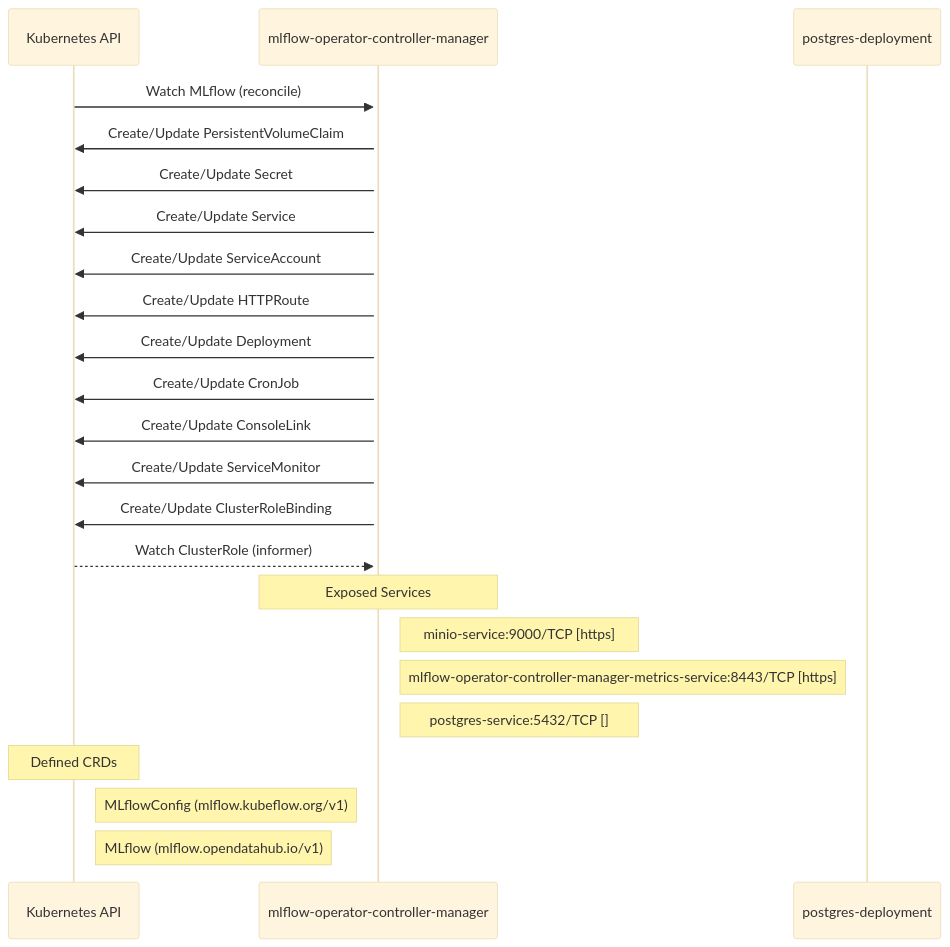
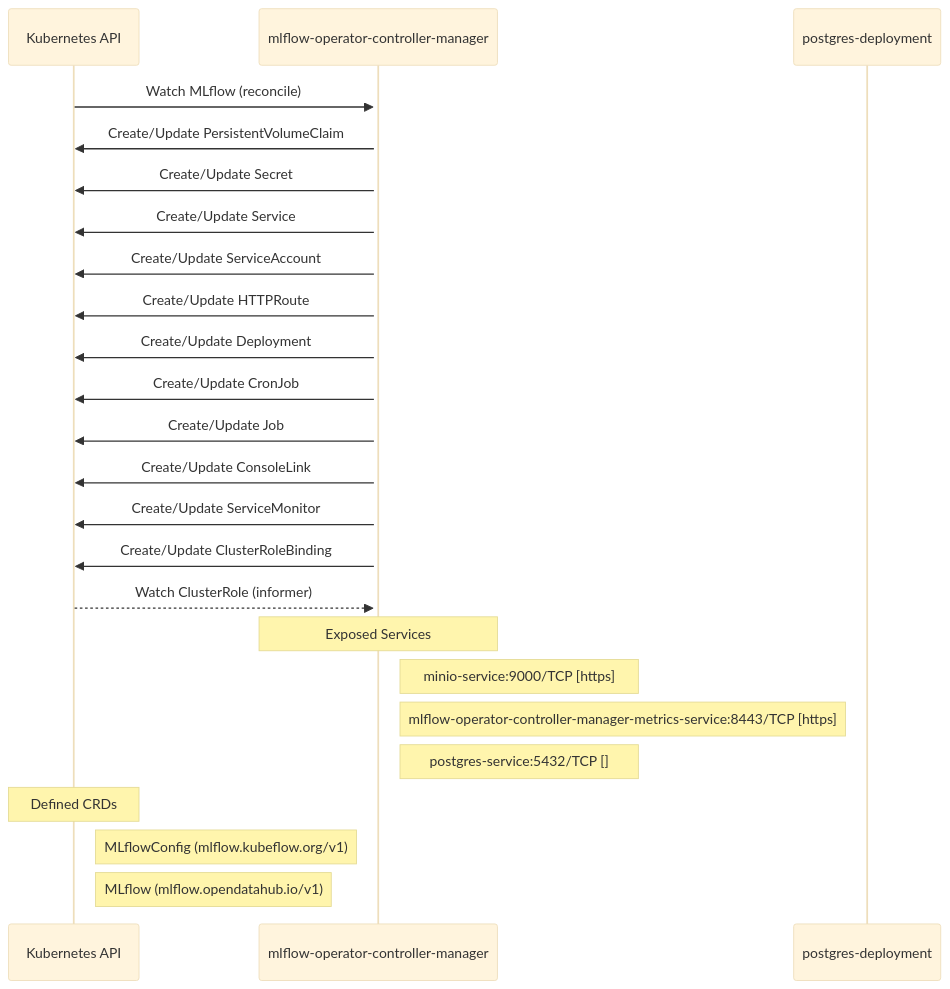
Before and after one commit to ugiordan/rhoai-architecture-analyzer: the diagram in site/docs/odh-platform/components/mlflow_operator/dataflow.md, drawn with Mermaid (base theme). The commit also changed other lines of this file and 258 other files, not shown here.

````diff
--- a/site/docs/odh-platform/components/mlflow_operator/dataflow.md
+++ b/site/docs/odh-platform/components/mlflow_operator/dataflow.md
@@ -26,30 +27,31 @@
 ```mermaid
 sequenceDiagram
     %% Static dataflow for mlflow-operator
 
     participant KubernetesAPI as Kubernetes API
     participant mlflow_operator_controller_manager as mlflow-operator-controller-manager
     participant postgres_deployment as postgres-deployment
 
     KubernetesAPI->>+mlflow_operator_controller_manager: Watch MLflow (reconcile)
     mlflow_operator_controller_manager->>KubernetesAPI: Create/Update PersistentVolumeClaim
     mlflow_operator_controller_manager->>KubernetesAPI: Create/Update Secret
     mlflow_operator_controller_manager->>KubernetesAPI: Create/Update Service
     mlflow_operator_controller_manager->>KubernetesAPI: Create/Update ServiceAccount
     mlflow_operator_controller_manager->>KubernetesAPI: Create/Update HTTPRoute
     mlflow_operator_controller_manager->>KubernetesAPI: Create/Update Deployment
     mlflow_operator_controller_manager->>KubernetesAPI: Create/Update CronJob
+    mlflow_operator_controller_manager->>KubernetesAPI: Create/Update Job
     mlflow_operator_controller_manager->>KubernetesAPI: Create/Update ConsoleLink
     mlflow_operator_controller_manager->>KubernetesAPI: Create/Update ServiceMonitor
     mlflow_operator_controller_manager->>KubernetesAPI: Create/Update ClusterRoleBinding
     KubernetesAPI-->>+mlflow_operator_controller_manager: Watch ClusterRole (informer)
 
     Note over mlflow_operator_controller_manager: Exposed Services
     Note right of mlflow_operator_controller_manager: minio-service:9000/TCP [https]
     Note right of mlflow_operator_controller_manager: mlflow-operator-controller-manager-metrics-service:8443/TCP [https]
     Note right of mlflow_operator_controller_manager: postgres-service:5432/TCP []
 
     Note over KubernetesAPI: Defined CRDs
     Note right of KubernetesAPI: MLflowConfig (mlflow.kubeflow.org/v1)
     Note right of KubernetesAPI: MLflow (mlflow.opendatahub.io/v1)
 ```
````
